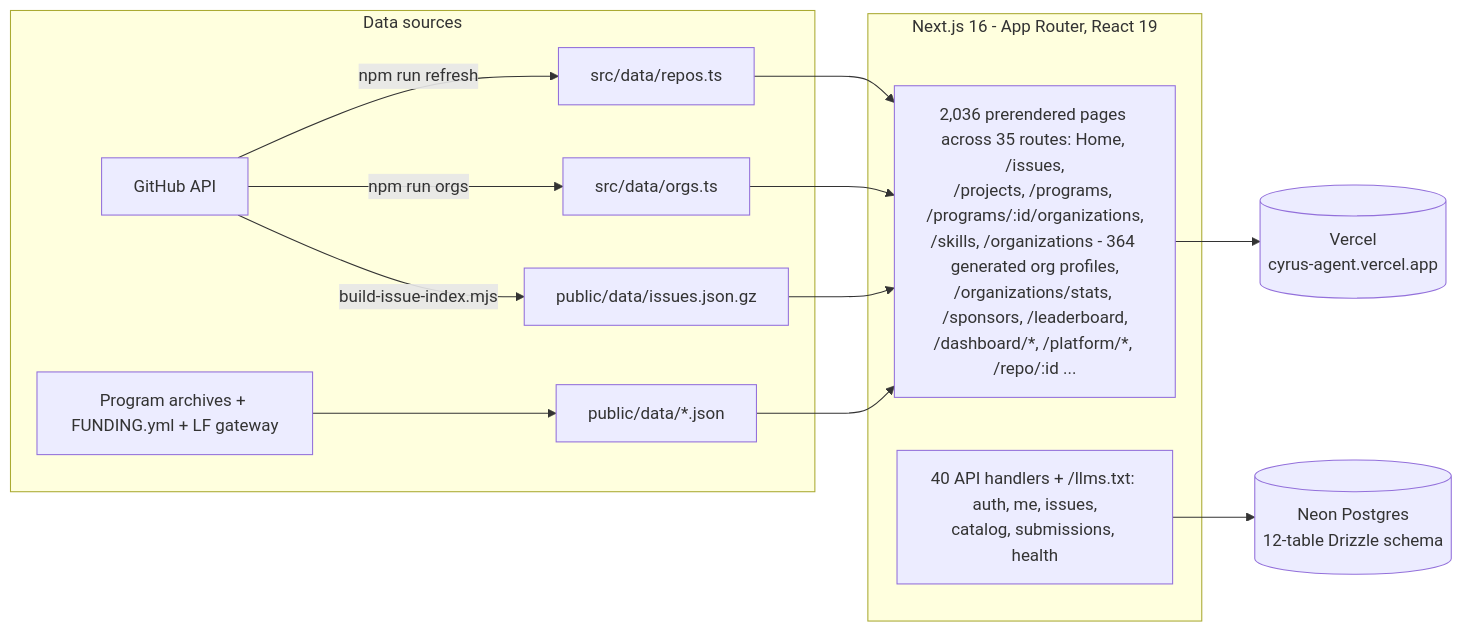
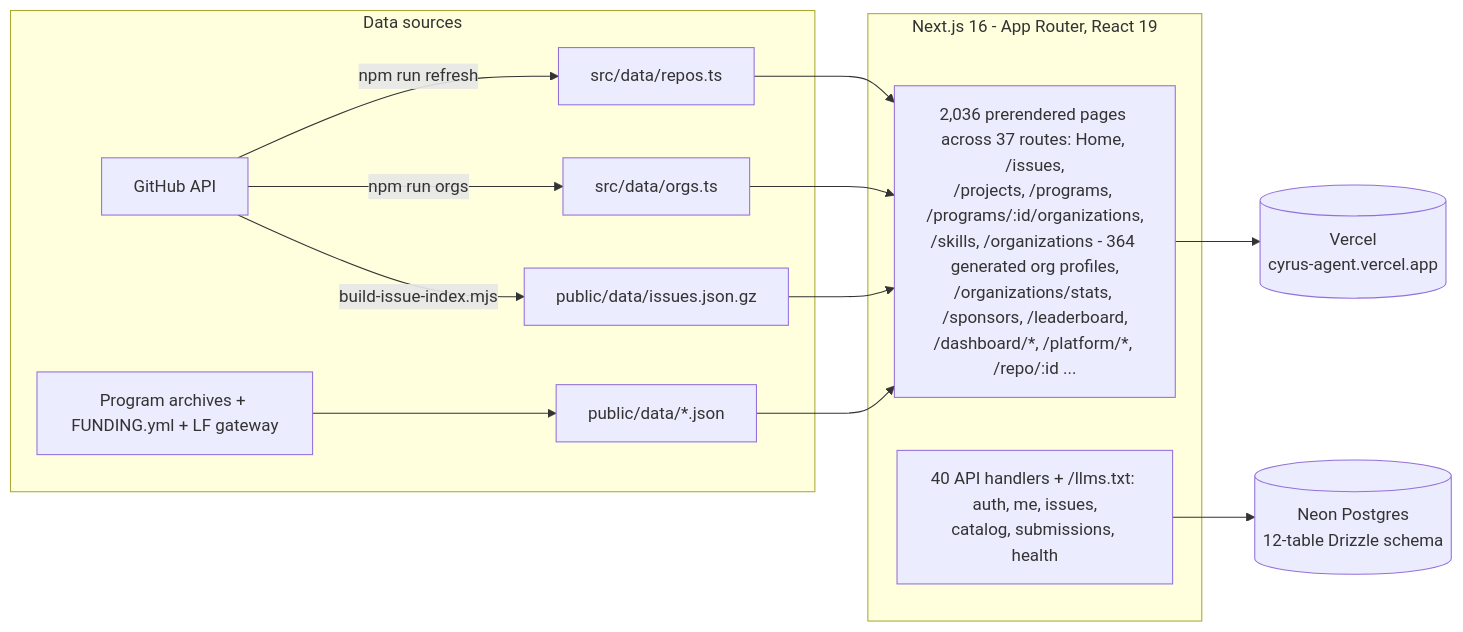
Before and after one commit to adityalenova/cyrus: the second of 2 diagrams in README.md, drawn with Mermaid. The commit also changed other lines of this file, not shown here.

Commit message:
fix(readme): align figure lines with main so this branch merges cleanly

````diff
--- a/README.md
+++ b/README.md
@@ -352,15 +352,15 @@
 ```mermaid
 flowchart LR
     subgraph sources [Data sources]
         GH[GitHub API] -->|npm run refresh| D1[src/data/repos.ts]
         GH -->|npm run orgs| D2[src/data/orgs.ts]
         GH -->|build-issue-index.mjs| D3[public/data/issues.json.gz]
         SOC[Program archives + FUNDING.yml + LF gateway] --> D4[public/data/*.json]
     end
     subgraph app [Next.js 16 - App Router, React 19]
-        D1 & D2 & D3 & D4 --> PAGES[2,036 prerendered pages across 35 routes: Home, /issues,<br/>/projects, /programs, /programs/:id/organizations,<br/>/skills, /organizations - 364 generated org profiles,<br/>/organizations/stats, /sponsors, /leaderboard,<br/>/dashboard/*, /platform/*, /repo/:id ...]
+        D1 & D2 & D3 & D4 --> PAGES[2,036 prerendered pages across 37 routes: Home, /issues,<br/>/projects, /programs, /programs/:id/organizations,<br/>/skills, /organizations - 364 generated org profiles,<br/>/organizations/stats, /sponsors, /leaderboard,<br/>/dashboard/*, /platform/*, /repo/:id ...]
         API[40 API handlers + /llms.txt: auth, me, issues,<br/>catalog, submissions, health]
     end
     PAGES --> V[(Vercel<br/>cyrus-agent.vercel.app)]
     API --> DB[(Neon Postgres<br/>12-table Drizzle schema)]
 ```
````
